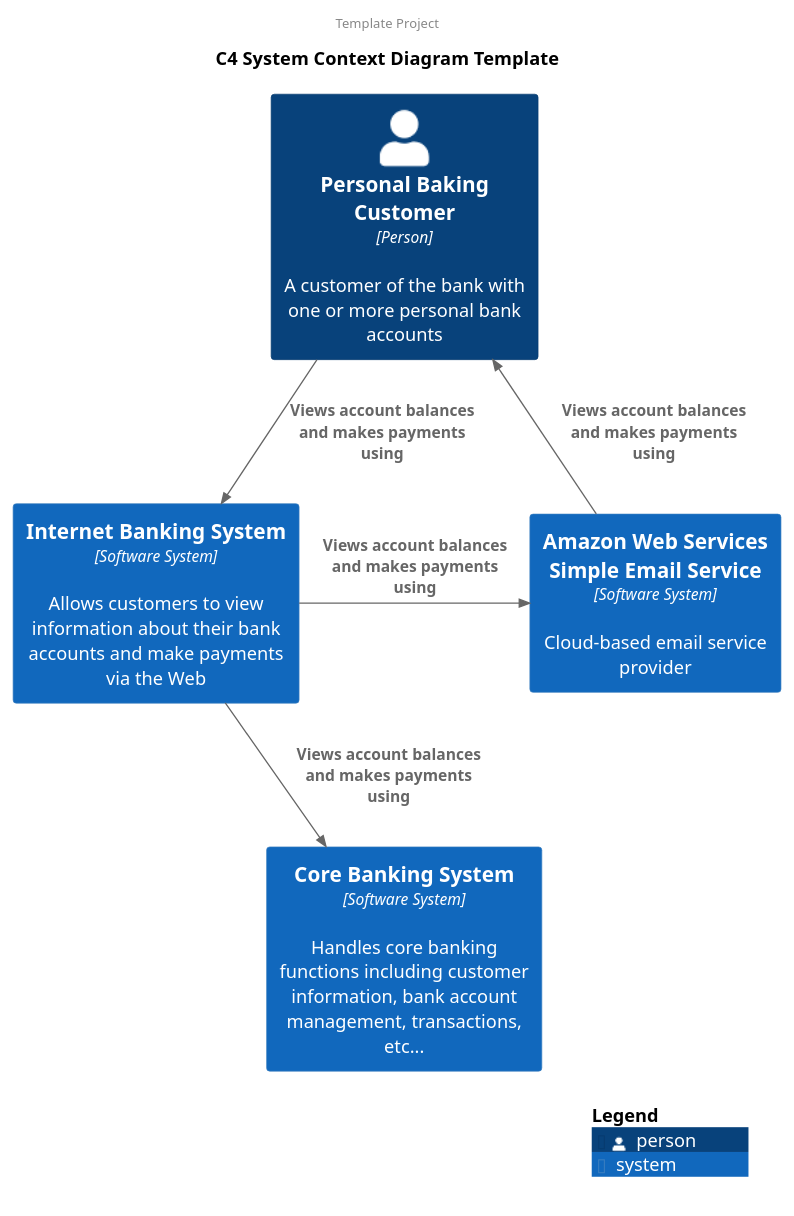
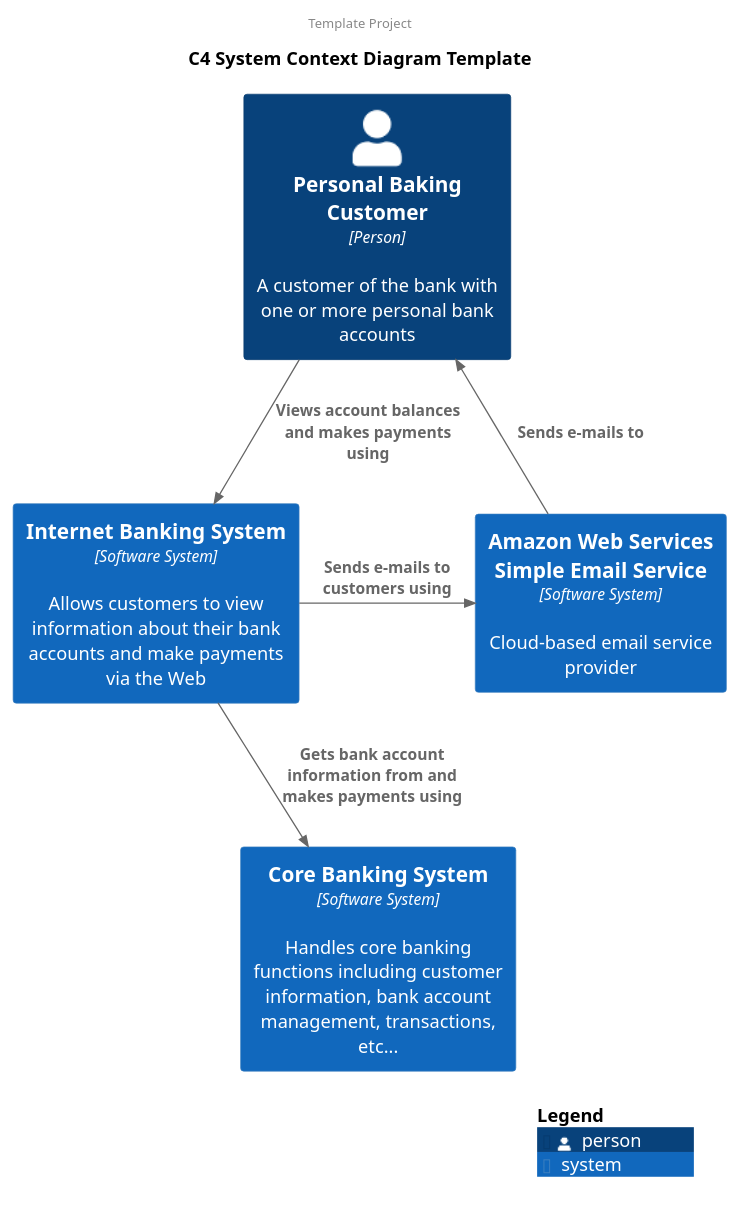
The diagram in docs/uml/c4-system-context.puml (AlbertoMartinezMunoz/cpp-project-template), drawn with PlantUML before and after one commit.

Commit message:
docs(uml): fixed c4 system context relationship messages

```diff
--- a/docs/uml/c4-system-context.puml
+++ b/docs/uml/c4-system-context.puml
@@ -1,36 +1,36 @@
 @startuml
 !include <C4/C4_Context>
 
 AddRelTag("invisible", $textColor="transparent", $lineColor="transparent", $lineStyle = DashedLine())
 
 header Template Project
 title C4 System Context Diagram Template
 
 '----------------------------------------------------------------
 'Actors
 '----------------------------------------------------------------
 Person(customer, "Personal Baking Customer", "A customer of the bank with one or more personal bank accounts",$type="Person")
 
 '----------------------------------------------------------------
 'Systems
 '----------------------------------------------------------------
 System(internet, "Internet Banking System", "Allows customers to view information about their bank accounts and make payments via the Web", $type="Software System")
 System(aws, "Amazon Web Services Simple Email Service", "Cloud-based email service provider", $type="Software System")
 System(core, "Core Banking System", "Handles core banking functions including customer information, bank account management, transactions, etc...", $type="Software System")
 
 '----------------------------------------------------------------
 'Relations
 '----------------------------------------------------------------
 Rel_D(customer, internet, "Views account balances and makes payments using")
-Rel_R(internet, aws, "Views account balances and makes payments using")
-Rel_R(internet, core, "Views account balances and makes payments using")
-Rel_U(aws, customer, "Views account balances and makes payments using")
+Rel_R(internet, aws, "Sends e-mails to customers using")
+Rel_R(internet, core, "Gets bank account information from and makes payments using")
+Rel_U(aws, customer, "Sends e-mails to")
 
 '----------------------------------------------------------------
 'Layout
 '----------------------------------------------------------------
 Rel_D(aws, core, "This rel is just to compose the layout", $tags="invisible")
 
 SHOW_LEGEND()
 
 @enduml
```
